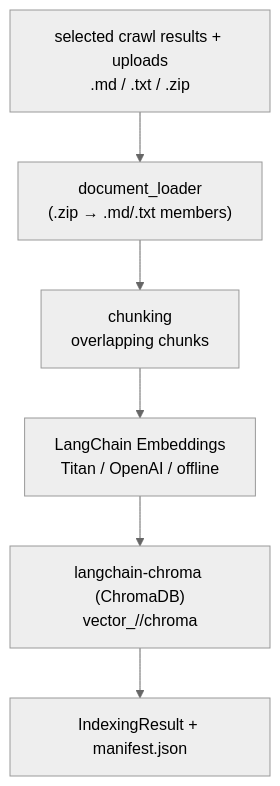
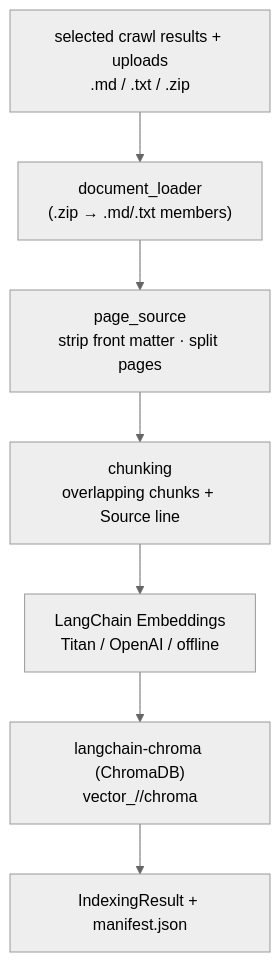
Before and after one commit to prakosd/rag-playground: the fourth of 7 diagrams in docs/ARCHITECTURE.md, drawn with Mermaid (neutral theme). The commit also changed other lines of this file and 32 other files, not shown here.

````diff
--- a/docs/ARCHITECTURE.md
+++ b/docs/ARCHITECTURE.md
@@ -66,8 +66,9 @@
 ```mermaid
 flowchart TD
   Inputs["selected crawl results + uploads<br/>.md / .txt / .zip"] --> Loader["document_loader<br/>(.zip → .md/.txt members)"]
-  Loader --> Chunker["chunking<br/>overlapping chunks"]
+  Loader --> Pages["page_source<br/>strip front matter · split pages"]
+  Pages --> Chunker["chunking<br/>overlapping chunks + Source line"]
   Chunker --> Embed["LangChain Embeddings<br/>Titan / OpenAI / offline"]
   Embed --> Store["langchain-chroma (ChromaDB)<br/>vector_<id>/<timestamp>/chroma"]
   Store --> Result["IndexingResult + manifest.json"]
 ```
````
